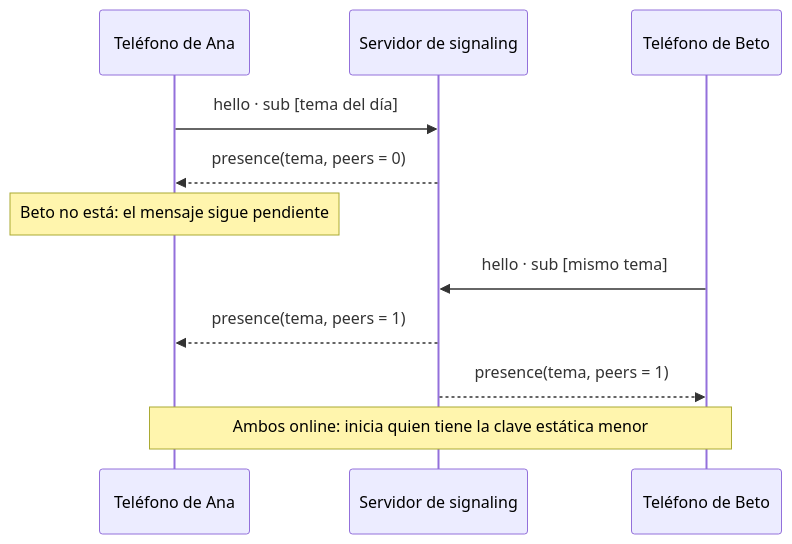
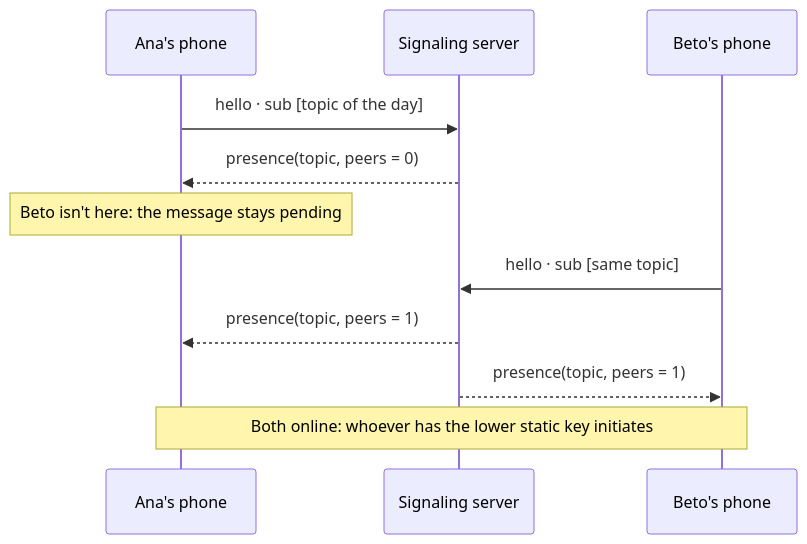
The second of 6 diagrams in website/guide/life-of-a-message.md (fsoftt/Murmur), drawn with Mermaid before and after one commit. The commit also changed other lines of this file and 51 other files, not shown here.

````diff
--- a/website/guide/life-of-a-message.md
+++ b/website/guide/life-of-a-message.md
@@ -27,13 +27,13 @@
 ```mermaid
 sequenceDiagram
-    participant A as Teléfono de Ana
-    participant S as Servidor de signaling
-    participant B as Teléfono de Beto
-    A->>S: hello · sub [tema del día]
-    S-->>A: presence(tema, peers = 0)
-    Note over A: Beto no está: el mensaje sigue pendiente
-    B->>S: hello · sub [mismo tema]
-    S-->>A: presence(tema, peers = 1)
-    S-->>B: presence(tema, peers = 1)
-    Note over A,B: Ambos online: inicia quien tiene la clave estática menor
+    participant A as Ana's phone
+    participant S as Signaling server
+    participant B as Beto's phone
+    A->>S: hello · sub [topic of the day]
+    S-->>A: presence(topic, peers = 0)
+    Note over A: Beto isn't here: the message stays pending
+    B->>S: hello · sub [same topic]
+    S-->>A: presence(topic, peers = 1)
+    S-->>B: presence(topic, peers = 1)
+    Note over A,B: Both online: whoever has the lower static key initiates
 ```
````
